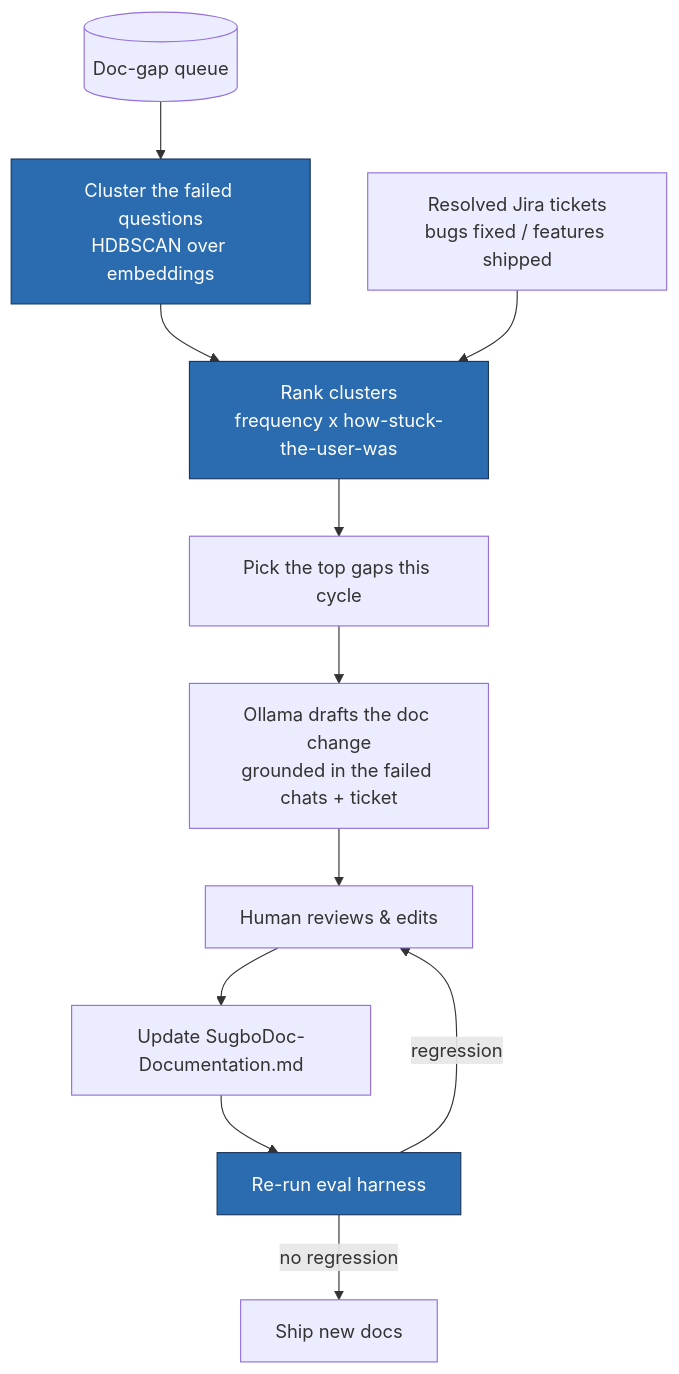
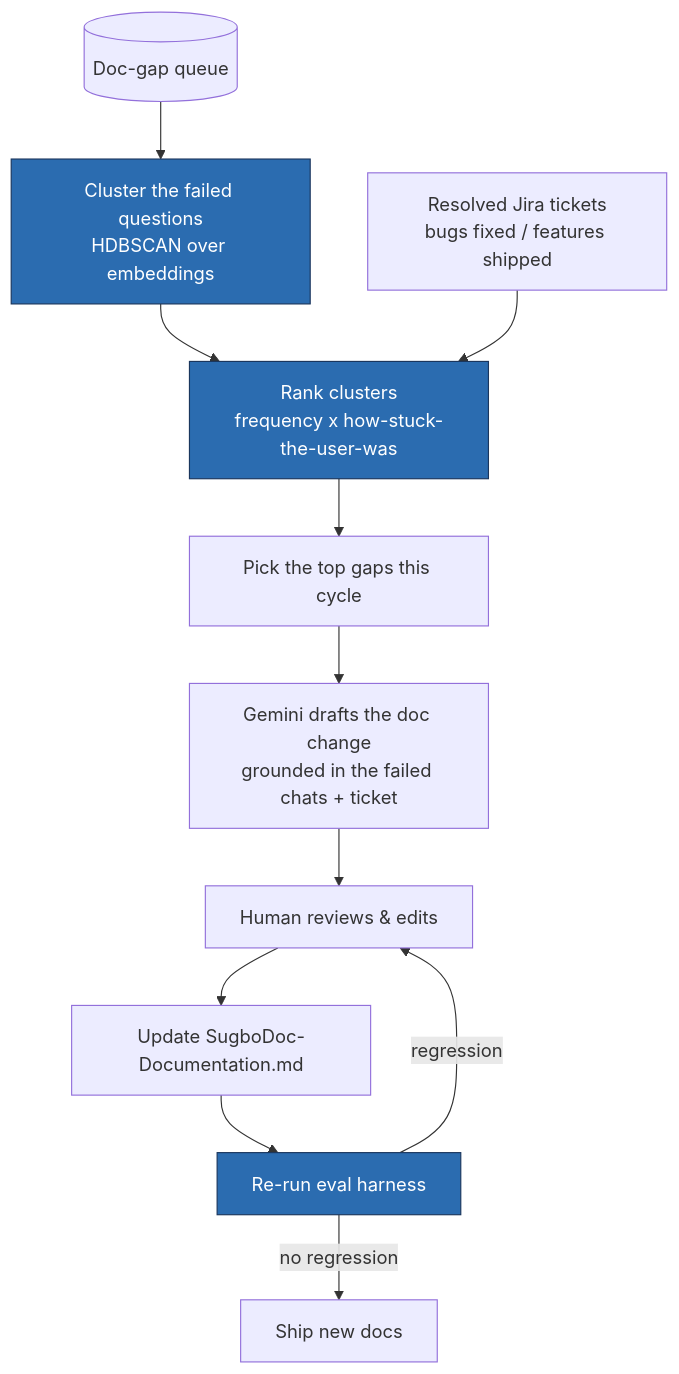
Before and after one commit to troymerales/sugbo-chatbot: the sixth of 11 diagrams in SugboDoc-Chatbot-Flowchart.md, drawn with Mermaid. The commit also changed other lines of this file and 48 other files, not shown here.

````diff
--- a/SugboDoc-Chatbot-Flowchart.md
+++ b/SugboDoc-Chatbot-Flowchart.md
@@ -170,17 +177,17 @@
 ```mermaid
 flowchart TD
     Q[(Doc-gap queue)] --> CLUS[Cluster the failed questions<br/>HDBSCAN over embeddings]
     CLUS --> RANK[Rank clusters<br/>frequency x how-stuck-the-user-was]
     JIRA[Resolved Jira tickets<br/>bugs fixed / features shipped] --> RANK
     RANK --> PICK[Pick the top gaps this cycle]
-    PICK --> DRAFT[Ollama drafts the doc change<br/>grounded in the failed chats + ticket]
+    PICK --> DRAFT[Gemini drafts the doc change<br/>grounded in the failed chats + ticket]
     DRAFT --> HUMAN[Human reviews & edits]
     HUMAN --> MERGE[Update SugboDoc-Documentation.md]
     MERGE --> RESCORE[Re-run eval harness]
     RESCORE -->|no regression| SHIP[Ship new docs]
     RESCORE -->|regression| HUMAN
 
     style CLUS fill:#2b6cb0,stroke:#1a365d,color:#fff
     style RANK fill:#2b6cb0,stroke:#1a365d,color:#fff
     style RESCORE fill:#2b6cb0,stroke:#1a365d,color:#fff
 ```
````
